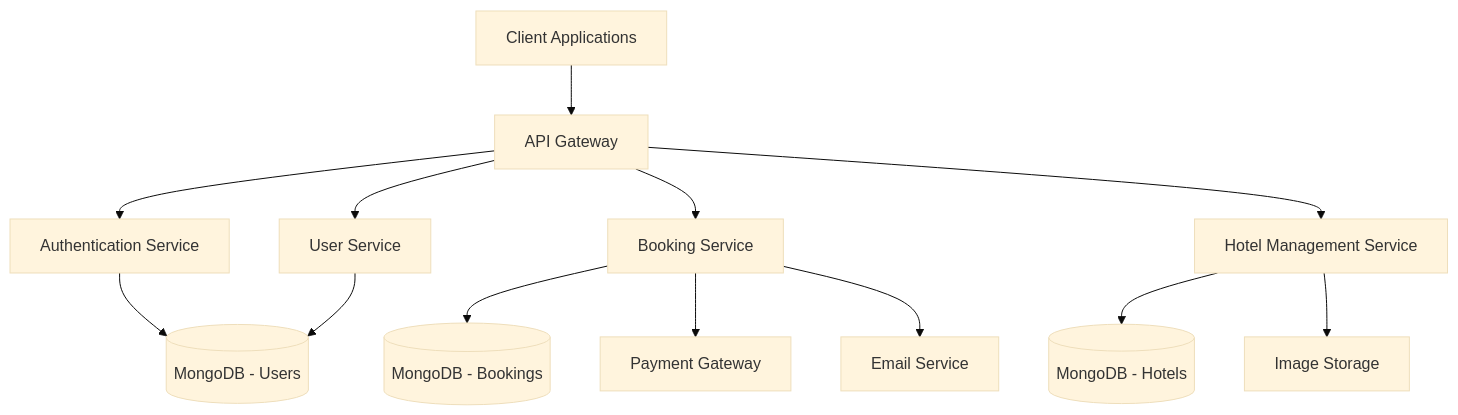
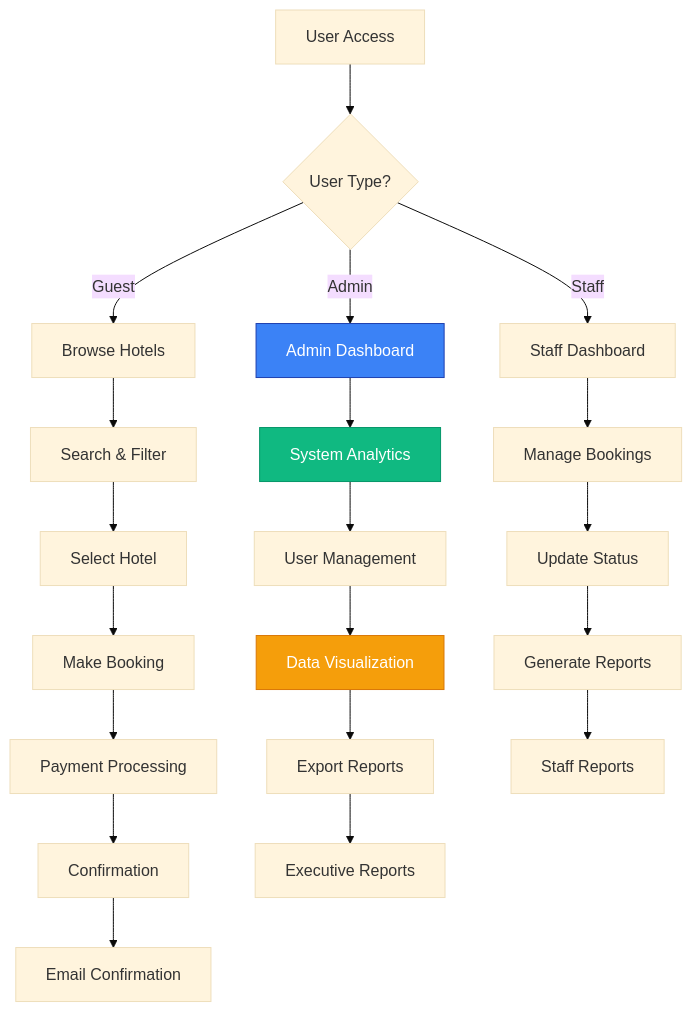
The first of 3 diagrams in README.md (Santoshpatel112/Hotel-Booking), drawn with Mermaid (base theme) before and after one commit. The commit also changed other lines of this file, not shown here.

````diff
--- a/README.md
+++ b/README.md
@@ -119,17 +57,31 @@
 ```mermaid
-graph TB
-    A[Client Applications] --> B[API Gateway]
-    B --> C[Authentication Service]
-    B --> D[Booking Service]
-    B --> E[Hotel Management Service]
-    B --> F[User Service]
-
-    C --> G[(MongoDB - Users)]
-    D --> H[(MongoDB - Bookings)]
-    E --> I[(MongoDB - Hotels)]
-    F --> G
-
-    D --> J[Payment Gateway]
-    D --> K[Email Service]
-    E --> L[Image Storage]
+flowchart TD
+    A[User Access] --> B{User Type?}
+    
+    B -->|Guest| C[Browse Hotels]
+    B -->|Staff| D[Staff Dashboard]
+    B -->|Admin| E[Admin Dashboard]
+    
+    C --> F[Search & Filter]
+    F --> G[Select Hotel]
+    G --> H[Make Booking]
+    H --> I[Payment Processing]
+    I --> J[Confirmation]
+    
+    D --> K[Manage Bookings]
+    K --> L[Update Status]
+    L --> M[Generate Reports]
+    
+    E --> N[System Analytics]
+    N --> O[User Management]
+    O --> P[Data Visualization]
+    P --> Q[Export Reports]
+    
+    J --> R[Email Confirmation]
+    M --> S[Staff Reports]
+    Q --> T[Executive Reports]
+    
+    style E fill:#3b82f6,stroke:#1e40af,color:#fff
+    style N fill:#10b981,stroke:#059669,color:#fff
+    style P fill:#f59e0b,stroke:#d97706,color:#fff
 ```
````
